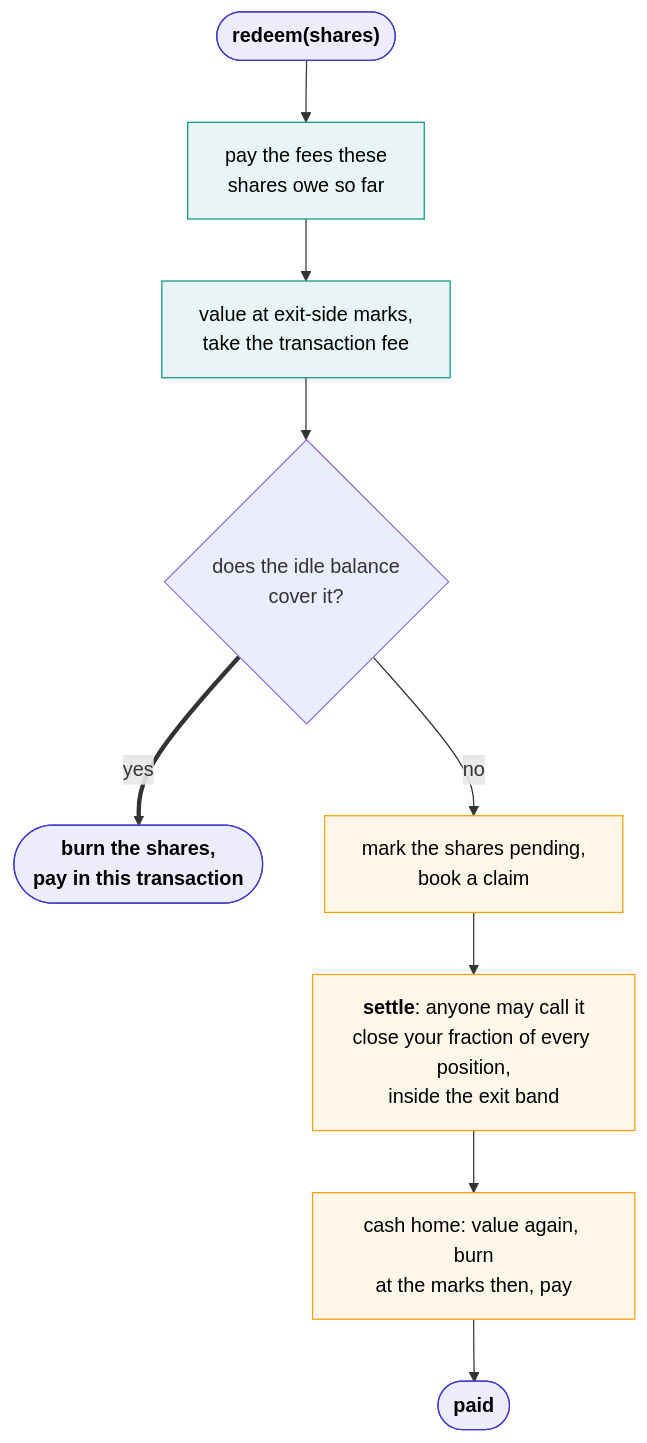
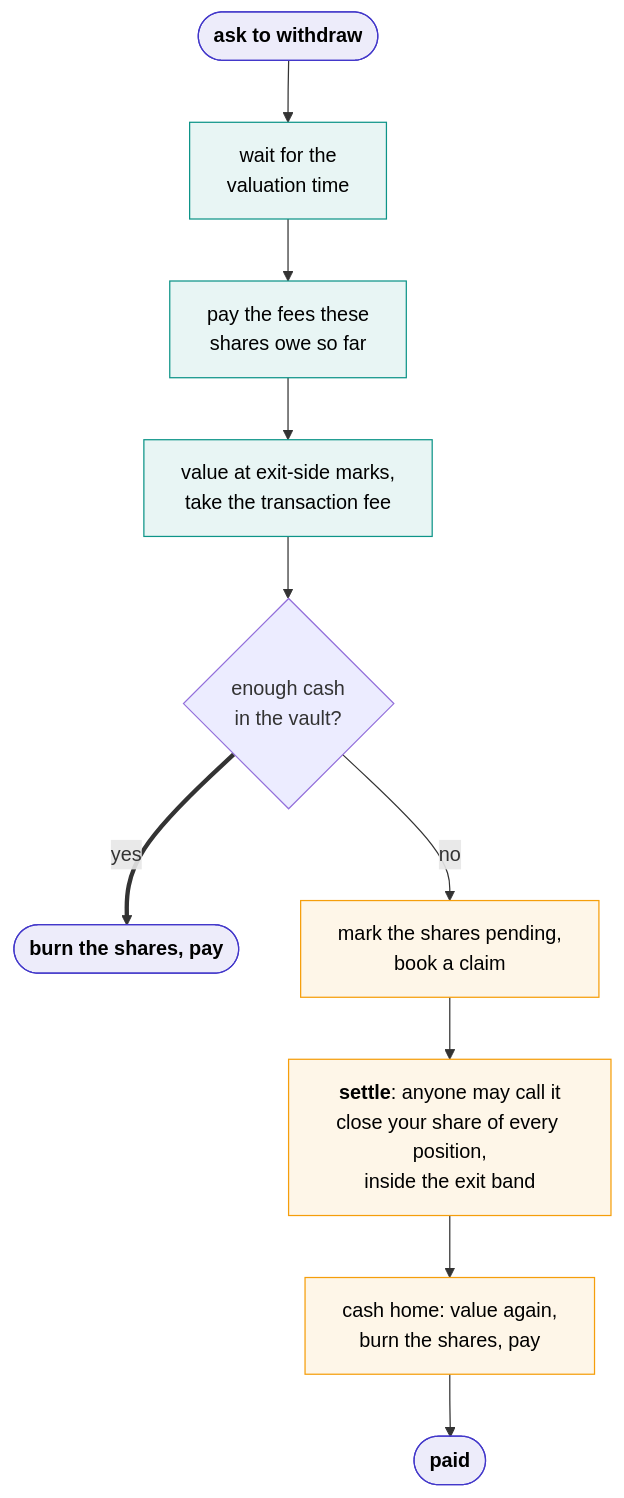
Before and after one commit to ShoninFi/shonin-platform: the second of 2 diagrams in docs/content/under-the-hood/vaults.md, drawn with Mermaid. The commit also changed other lines of this file and 28 other files, not shown here.

````diff
--- a/docs/content/under-the-hood/vaults.md
+++ b/docs/content/under-the-hood/vaults.md
@@ -25,18 +73,19 @@
 ```mermaid
 flowchart TB
-    R(["redeem(shares)"]) --> C["pay the fees these<br/>shares owe so far"]
+    R(["ask to withdraw"]) --> T["wait for the<br/>valuation time"]
+    T --> C["pay the fees these<br/>shares owe so far"]
     C --> V["value at exit-side marks,<br/>take the transaction fee"]
-    V --> Q{"does the idle balance<br/>cover it?"}
-    Q ==>|yes| P(["burn the shares,<br/>pay in this transaction"])
+    V --> Q{"enough cash<br/>in the vault?"}
+    Q ==>|yes| P(["burn the shares, pay"])
     Q -->|no| B["mark the shares pending,<br/>book a claim"]
-    B --> S["<b>settle</b>: anyone may call it<br/>close your fraction of every position,<br/>inside the exit band"]
-    S --> H["cash home: value again, burn<br/>at the marks then, pay"]
+    B --> S["<b>settle</b>: anyone may call it<br/>close your share of every position,<br/>inside the exit band"]
+    S --> H["cash home: value again,<br/>burn the shares, pay"]
     H --> P2(["paid"])
 
     classDef fast fill:#0d948818,stroke:#0d9488,color:inherit
     classDef slow fill:#f59e0b18,stroke:#f59e0b,color:inherit
     classDef ends fill:#4338ca18,stroke:#4338ca,color:inherit,font-weight:bold
-    class C,V fast
+    class T,C,V fast
     class B,S,H slow
     class R,P,P2 ends
 ```
````
